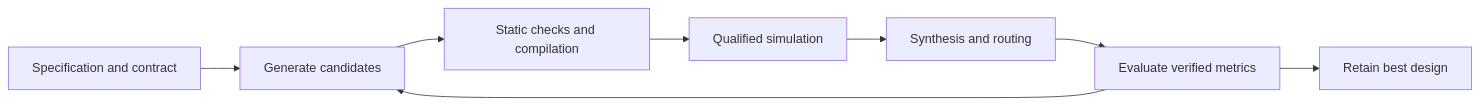
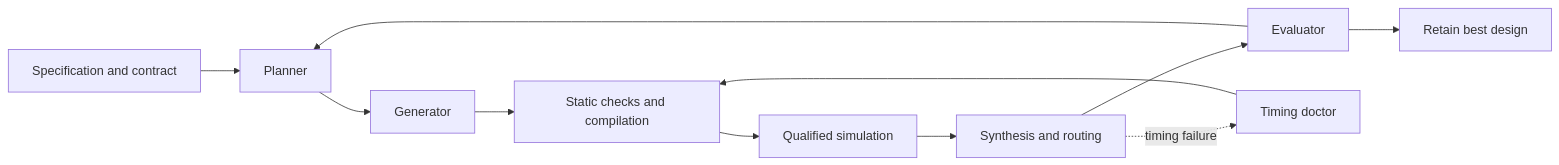
One commit to Baah134/autortl changed the diagram in README.md. Above: the diagram before and after it, drawn with Mermaid. The commit also changed other lines of this file, not shown here.

````diff
--- a/README.md
+++ b/README.md
@@ -38,10 +46,13 @@
 ```mermaid
 flowchart LR
-    A[Specification and contract] --> B[Generate candidates]
-    B --> C[Static checks and compilation]
-    C --> D[Qualified simulation]
-    D --> E[Synthesis and routing]
-    E --> F[Evaluate verified metrics]
-    F --> G[Retain best design]
-    F --> B
+    A[Specification and contract] --> B[Planner]
+    B --> C[Generator]
+    C --> D[Static checks and compilation]
+    D --> E[Qualified simulation]
+    E --> F[Synthesis and routing]
+    F --> G[Evaluator]
+    G --> H[Retain best design]
+    G --> B
+    F -. timing failure .-> I[Timing doctor]
+    I --> D
 ```
````
